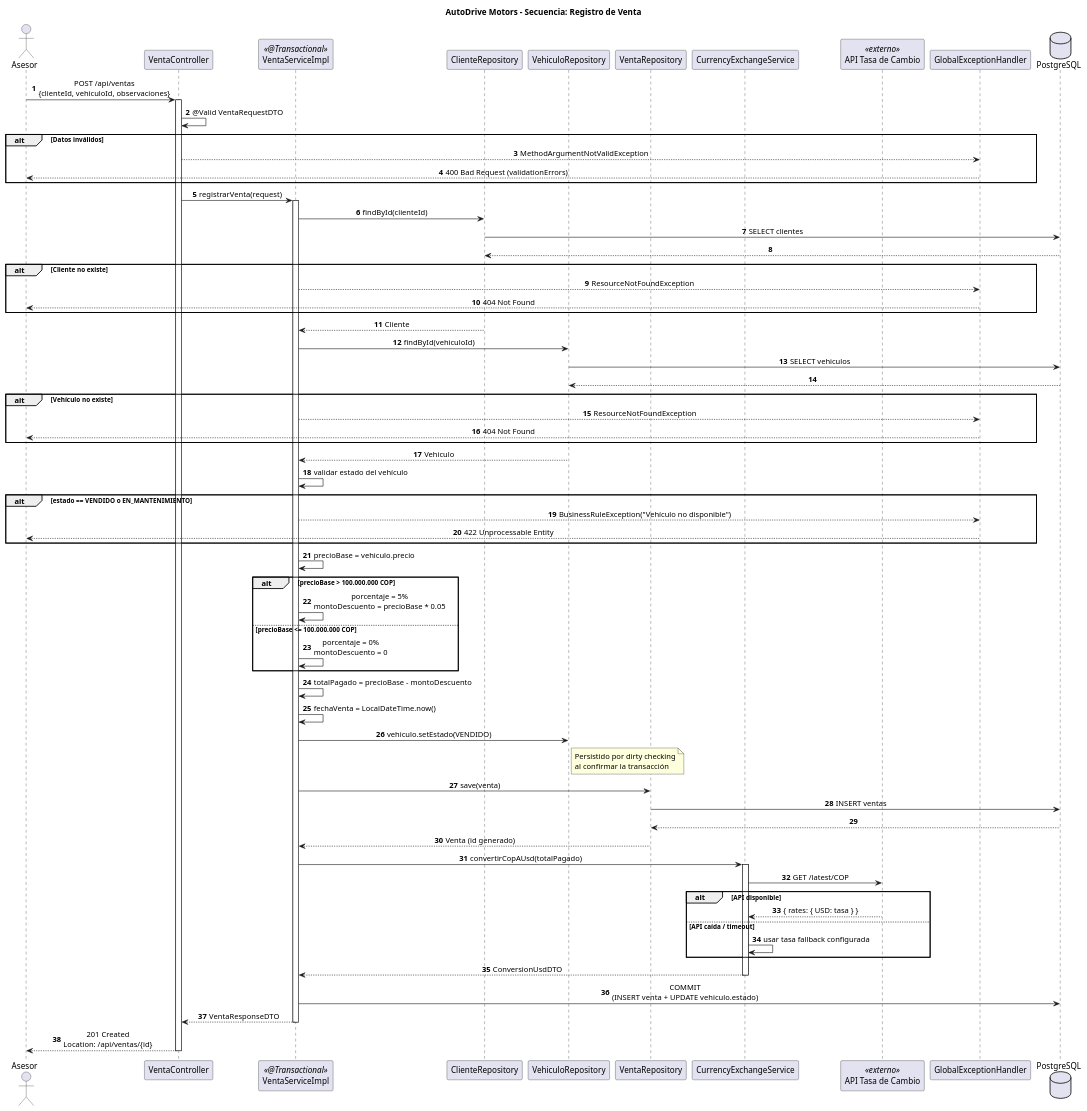
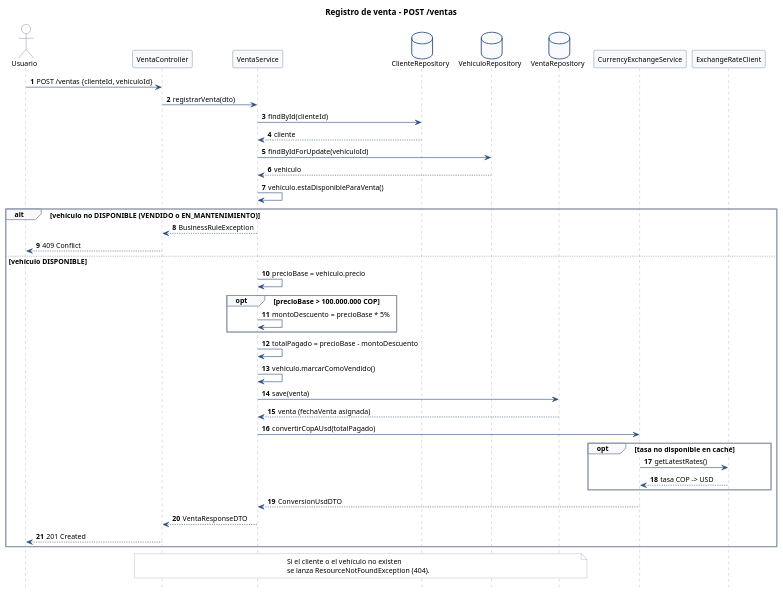
One commit to AndreCamx2/AutoDrive-Motors-SpringBoot changed the diagram in docs/diagrams/diagrama_secuencia_venta.puml. Above: the diagram before and after it, drawn with PlantUML. The commit also changed other lines of this file and 11 other files, not shown here.

Commit message:
feat: implementacion final backend spring boot, base de datos y vistas web interactivas

```diff
--- a/docs/diagrams/diagrama_secuencia_venta.puml
+++ b/docs/diagrams/diagrama_secuencia_venta.puml
@@ -1,92 +1,74 @@
 @startuml diagrama_secuencia_venta
-title AutoDrive Motors - Secuencia: Registro de Venta
+title Registro de venta - POST /ventas
 
 autonumber
-skinparam sequenceMessageAlign center
-skinparam responseMessageBelowArrow true
+hide footbox
+skinparam shadowing false
+skinparam backgroundColor #FFFFFF
+skinparam defaultFontName Arial
+skinparam defaultFontSize 12
+skinparam ArrowColor #2B4C7E
+skinparam SequenceLifeLineBorderColor #8A94A6
+skinparam ParticipantBorderColor #2B4C7E
+skinparam ParticipantBackgroundColor #F8F9FA
+skinparam ActorBorderColor #2B4C7E
+skinparam ActorBackgroundColor #FFFFFF
+skinparam DatabaseBorderColor #2B4C7E
+skinparam DatabaseBackgroundColor #F8F9FA
+skinparam SequenceGroupBorderColor #8A94A6
+skinparam SequenceGroupBackgroundColor #F8F9FA
+skinparam NoteBorderColor #8A94A6
+skinparam NoteBackgroundColor #FFFFFF
 
-actor "Asesor" as U
-participant "VentaController" as C
-participant "VentaServiceImpl" as S <<@Transactional>>
-participant "ClienteRepository" as CR
-participant "VehiculoRepository" as VR
-participant "VentaRepository" as SR
-participant "CurrencyExchangeService" as FX
-participant "API Tasa de Cambio" as API <<externo>>
-participant "GlobalExceptionHandler" as EH
-database "PostgreSQL" as DB
+actor Usuario
+participant VentaController
+participant VentaService
+database ClienteRepository
+database VehiculoRepository
+database VentaRepository
+participant CurrencyExchangeService
+participant ExchangeRateClient
 
-U -> C : POST /api/ventas\n{clienteId, vehiculoId, observaciones}
-activate C
-C -> C : @Valid VentaRequestDTO
+Usuario -> VentaController : POST /ventas {clienteId, vehiculoId}
+VentaController -> VentaService : registrarVenta(dto)
 
-alt Datos inválidos
-  C --> EH : MethodArgumentNotValidException
-  EH --> U : 400 Bad Request (validationErrors)
+VentaService -> ClienteRepository : findById(clienteId)
+ClienteRepository --> VentaService : cliente
+
+VentaService -> VehiculoRepository : findByIdForUpdate(vehiculoId)
+VehiculoRepository --> VentaService : vehiculo
+
+VentaService -> VentaService : vehiculo.estaDisponibleParaVenta()
+
+alt vehículo no DISPONIBLE (VENDIDO o EN_MANTENIMIENTO)
+  VentaService --> VentaController : BusinessRuleException
+  VentaController --> Usuario : 409 Conflict
+else vehículo DISPONIBLE
+  VentaService -> VentaService : precioBase = vehiculo.precio
+
+  opt precioBase > 100.000.000 COP
+    VentaService -> VentaService : montoDescuento = precioBase * 5%
+  end
+
+  VentaService -> VentaService : totalPagado = precioBase - montoDescuento
+  VentaService -> VentaService : vehiculo.marcarComoVendido()
+  VentaService -> VentaRepository : save(venta)
+  VentaRepository --> VentaService : venta (fechaVenta asignada)
+
+  VentaService -> CurrencyExchangeService : convertirCopAUsd(totalPagado)
+  opt tasa no disponible en caché
+    CurrencyExchangeService -> ExchangeRateClient : getLatestRates()
+    ExchangeRateClient --> CurrencyExchangeService : tasa COP -> USD
+  end
+  CurrencyExchangeService --> VentaService : ConversionUsdDTO
+
+  VentaService --> VentaController : VentaResponseDTO
+  VentaController --> Usuario : 201 Created
 end
 
-C -> S : registrarVenta(request)
-activate S
-
-S -> CR : findById(clienteId)
-CR -> DB : SELECT clientes
-DB --> CR
-alt Cliente no existe
-  S --> EH : ResourceNotFoundException
-  EH --> U : 404 Not Found
-end
-CR --> S : Cliente
-
-S -> VR : findById(vehiculoId)
-VR -> DB : SELECT vehiculos
-DB --> VR
-alt Vehículo no existe
-  S --> EH : ResourceNotFoundException
-  EH --> U : 404 Not Found
-end
-VR --> S : Vehiculo
-
-S -> S : validar estado del vehículo
-alt estado == VENDIDO o EN_MANTENIMIENTO
-  S --> EH : BusinessRuleException("Vehículo no disponible")
-  EH --> U : 422 Unprocessable Entity
-end
-
-S -> S : precioBase = vehiculo.precio
-
-alt precioBase > 100.000.000 COP
-  S -> S : porcentaje = 5%\nmontoDescuento = precioBase * 0.05
-else precioBase <= 100.000.000 COP
-  S -> S : porcentaje = 0%\nmontoDescuento = 0
-end
-
-S -> S : totalPagado = precioBase - montoDescuento
-S -> S : fechaVenta = LocalDateTime.now()
-
-S -> VR : vehiculo.setEstado(VENDIDO)
-note right of VR : Persistido por dirty checking\nal confirmar la transacción
-
-S -> SR : save(venta)
-SR -> DB : INSERT ventas
-DB --> SR
-SR --> S : Venta (id generado)
-
-S -> FX : convertirCopAUsd(totalPagado)
-activate FX
-FX -> API : GET /latest/COP
-alt API disponible
-  API --> FX : { rates: { USD: tasa } }
-else API caída / timeout
-  FX -> FX : usar tasa fallback configurada
-end
-FX --> S : ConversionUsdDTO
-deactivate FX
-
-S -> DB : COMMIT\n(INSERT venta + UPDATE vehiculo.estado)
-S --> C : VentaResponseDTO
-deactivate S
-
-C --> U : 201 Created\nLocation: /api/ventas/{id}
-deactivate C
+note over VentaController, VentaRepository
+  Si el cliente o el vehículo no existen
+  se lanza ResourceNotFoundException (404).
+end note
 
 @enduml
```
